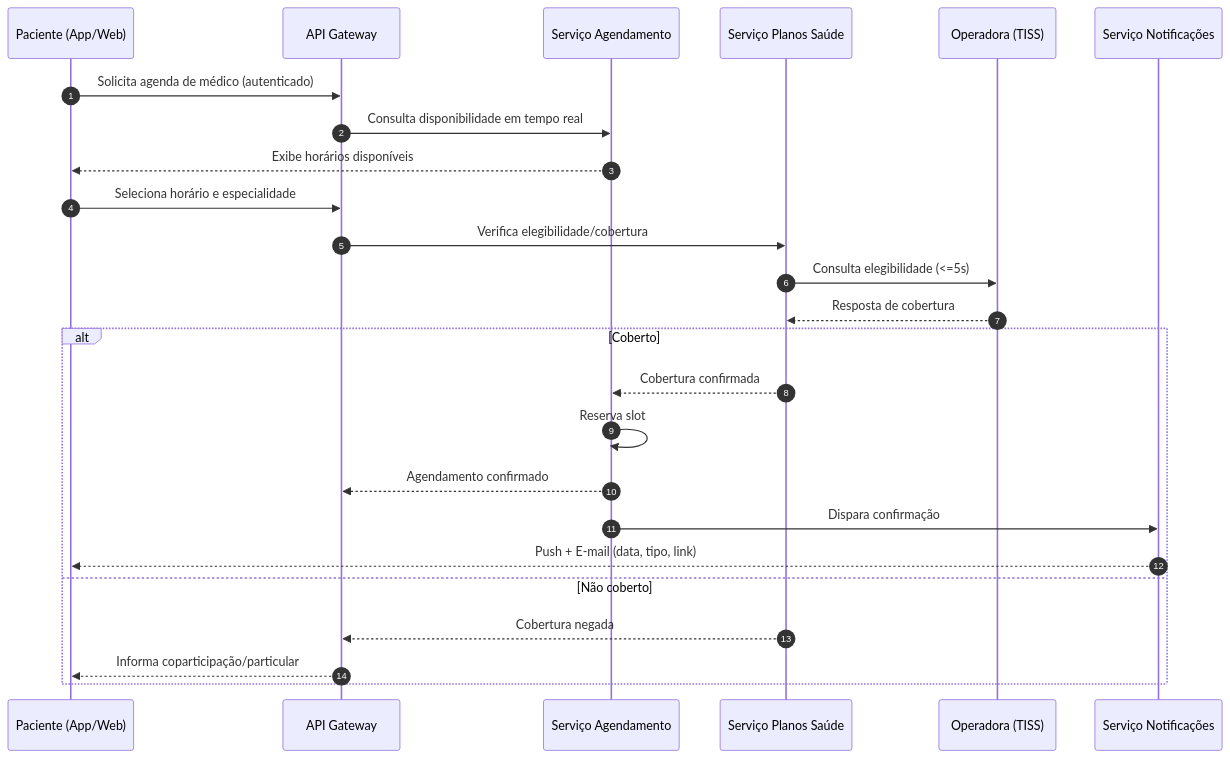
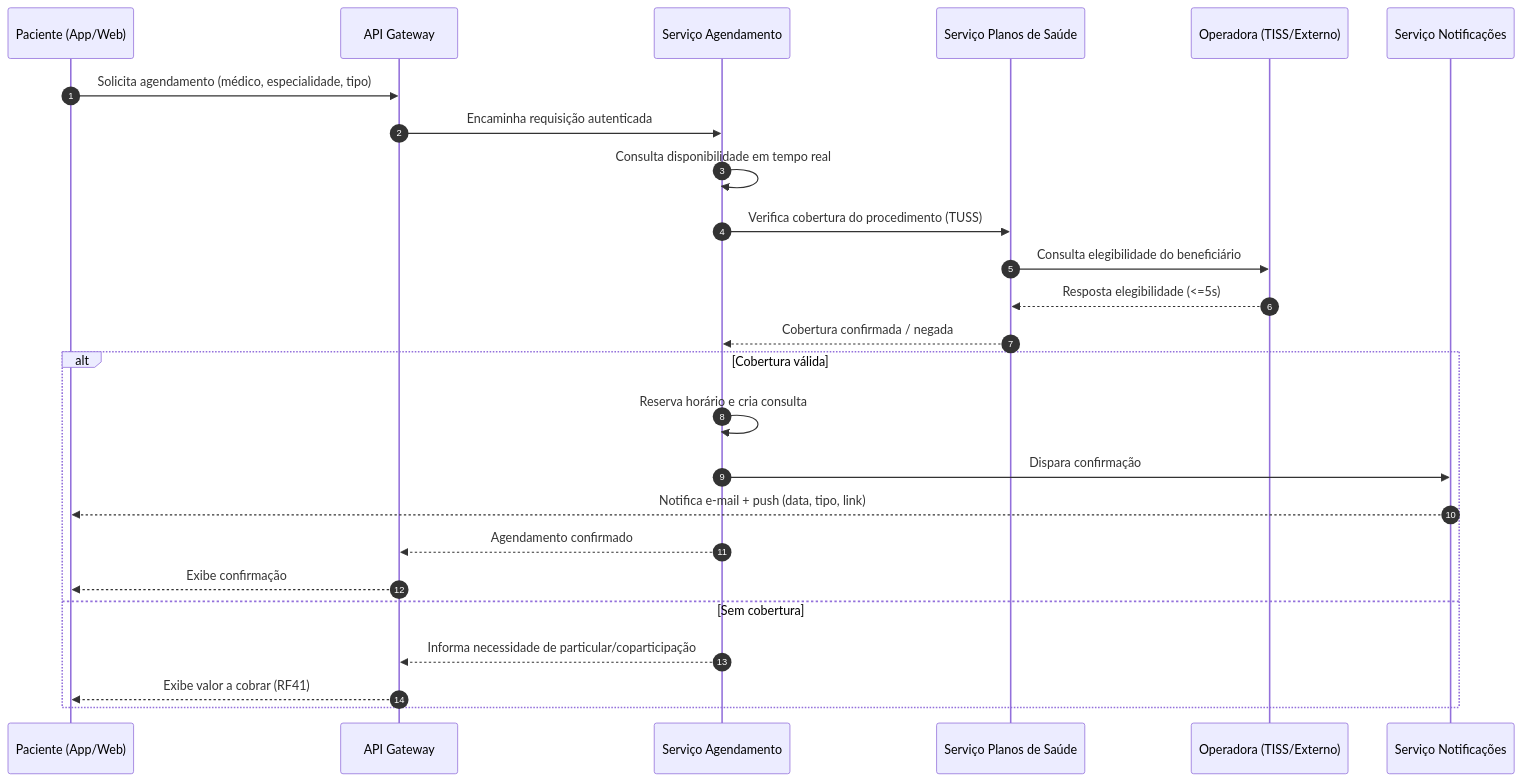
Before and after one commit to PDC-ESIA/AI4ES: the second of 4 diagrams in docs/Time_2_Design/analise-qualitativa/outputs/relatorio_claude_opus_4_8_G02.md, drawn with Mermaid. The commit also changed other lines of this file and 107 other files, not shown here.

````diff
--- a/docs/Time_2_Design/analise-qualitativa/outputs/relatorio_claude_opus_4_8_G02.md
+++ b/docs/Time_2_Design/analise-qualitativa/outputs/relatorio_claude_opus_4_8_G02.md
@@ -90,28 +96,28 @@
 ```mermaid
 sequenceDiagram
     autonumber
     participant P as Paciente (App/Web)
     participant GW as API Gateway
-    participant SCH as Serviço Agendamento
-    participant HP as Serviço Planos Saúde
-    participant OP as Operadora (TISS)
-    participant NOT as Serviço Notificações
+    participant AG as Serviço Agendamento
+    participant PL as Serviço Planos de Saúde
+    participant OP as Operadora (TISS/Externo)
+    participant NT as Serviço Notificações
 
-    P->>GW: Solicita agenda de médico (autenticado)
-    GW->>SCH: Consulta disponibilidade em tempo real
-    SCH-->>P: Exibe horários disponíveis
-    P->>GW: Seleciona horário e especialidade
-    GW->>HP: Verifica elegibilidade/cobertura
-    HP->>OP: Consulta elegibilidade (<=5s)
-    OP-->>HP: Resposta de cobertura
-    alt Coberto
-        HP-->>SCH: Cobertura confirmada
-        SCH->>SCH: Reserva slot
-        SCH-->>GW: Agendamento confirmado
-        SCH->>NOT: Dispara confirmação
-        NOT-->>P: Push + E-mail (data, tipo, link)
-    else Não coberto
-        HP-->>GW: Cobertura negada
-        GW-->>P: Informa coparticipação/particular
+    P->>GW: Solicita agendamento (médico, especialidade, tipo)
+    GW->>AG: Encaminha requisição autenticada
+    AG->>AG: Consulta disponibilidade em tempo real
+    AG->>PL: Verifica cobertura do procedimento (TUSS)
+    PL->>OP: Consulta elegibilidade do beneficiário
+    OP-->>PL: Resposta elegibilidade (<=5s)
+    PL-->>AG: Cobertura confirmada / negada
+    alt Cobertura válida
+        AG->>AG: Reserva horário e cria consulta
+        AG->>NT: Dispara confirmação
+        NT-->>P: Notifica e-mail + push (data, tipo, link)
+        AG-->>GW: Agendamento confirmado
+        GW-->>P: Exibe confirmação
+    else Sem cobertura
+        AG-->>GW: Informa necessidade de particular/coparticipação
+        GW-->>P: Exibe valor a cobrar (RF41)
     end
 ```
````
